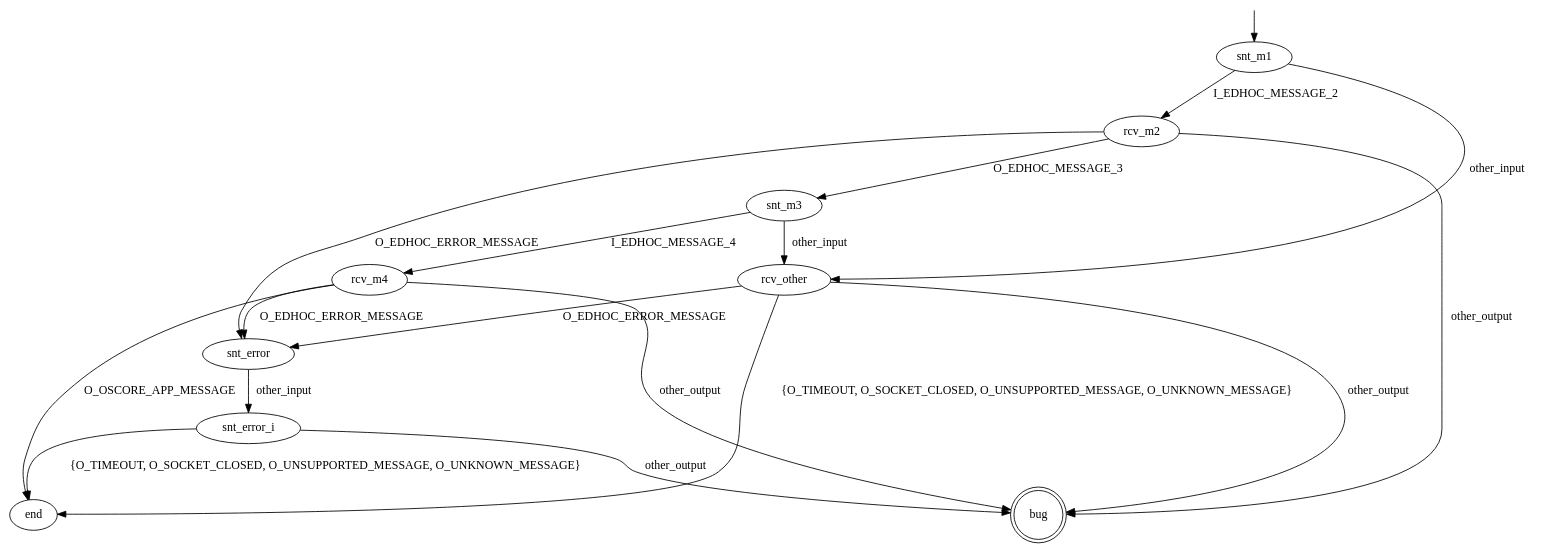
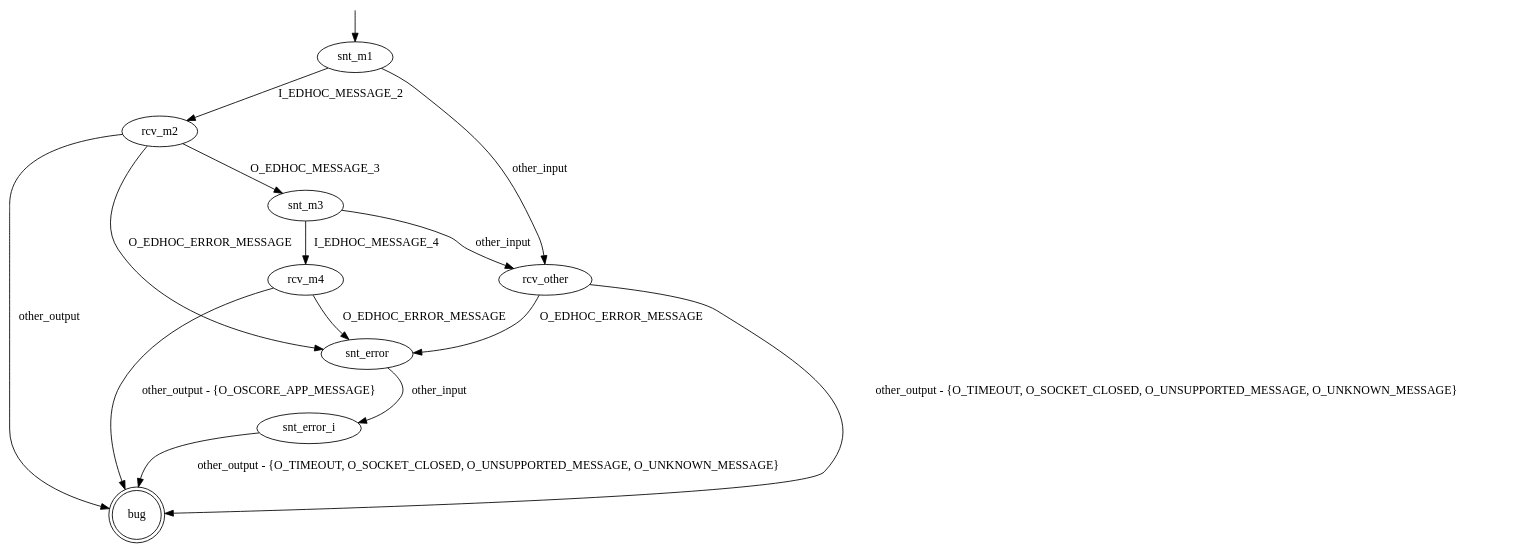
Before and after one commit to assist-project/state-machine-bug-finder: the diagram in src/main/resources/patterns/edhoc/client/gen_I_m4_app.dot, drawn with Graphviz. The commit also changed 3 other files, not shown here.

```diff
--- a/src/main/resources/patterns/edhoc/client/gen_I_m4_app.dot
+++ b/src/main/resources/patterns/edhoc/client/gen_I_m4_app.dot
@@ -1,28 +1,25 @@
 digraph G {
 bug [shape="doublecircle"]
 
 snt_m1 -> rcv_m2 [label="I_EDHOC_MESSAGE_2"]
 snt_m1 -> rcv_other [label="other_input"]
 
 rcv_m2 -> snt_m3 [label="O_EDHOC_MESSAGE_3"]
 rcv_m2 -> snt_error [label="O_EDHOC_ERROR_MESSAGE"]
 rcv_m2 -> bug [label="other_output"]
 
 snt_m3 -> rcv_m4 [label="I_EDHOC_MESSAGE_4"]
 snt_m3 -> rcv_other [label="other_input"]
 
-rcv_m4 -> end [label="O_OSCORE_APP_MESSAGE"]
 rcv_m4 -> snt_error [label="O_EDHOC_ERROR_MESSAGE"]
-rcv_m4 -> bug [label="other_output"]
+rcv_m4 -> bug [label="other_output - {O_OSCORE_APP_MESSAGE}"]
 
-rcv_other -> bug [label="other_output"]
+rcv_other -> bug [label="other_output - {O_TIMEOUT, O_SOCKET_CLOSED, O_UNSUPPORTED_MESSAGE, O_UNKNOWN_MESSAGE}"]
 rcv_other -> snt_error [label="O_EDHOC_ERROR_MESSAGE"]
-rcv_other -> end [label="{O_TIMEOUT, O_SOCKET_CLOSED, O_UNSUPPORTED_MESSAGE, O_UNKNOWN_MESSAGE}"]
 
 snt_error -> snt_error_i [label="other_input"]
-snt_error_i -> end [label="{O_TIMEOUT, O_SOCKET_CLOSED, O_UNSUPPORTED_MESSAGE, O_UNKNOWN_MESSAGE}"]
-snt_error_i -> bug [label="other_output"]
+snt_error_i -> bug [label="other_output - {O_TIMEOUT, O_SOCKET_CLOSED, O_UNSUPPORTED_MESSAGE, O_UNKNOWN_MESSAGE}"]
 
 __start0 [label="" shape="none" width="0" height="0"];
 __start0 -> snt_m1;
 }
```
